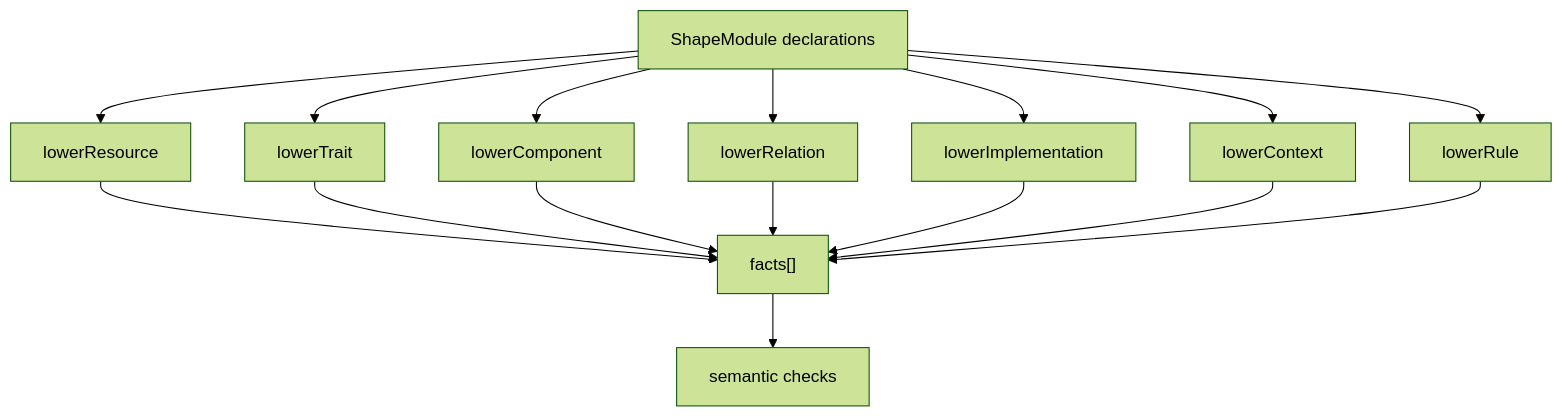
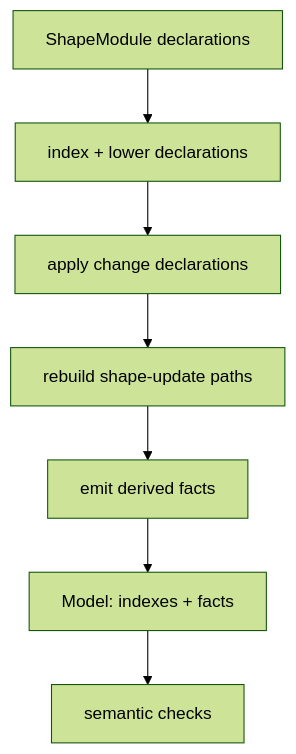
Before and after one commit to timbrinded/shapelang: the first of 3 diagrams in docs-site/src/content/docs/inside-shape/fact-lowering.md, drawn with Mermaid (forest theme). The commit also changed other lines of this file and 40 other files, not shown here.

````diff
--- a/docs-site/src/content/docs/inside-shape/fact-lowering.md
+++ b/docs-site/src/content/docs/inside-shape/fact-lowering.md
@@ -14,18 +14,9 @@
 ```mermaid
 flowchart TD
-  A["ShapeModule declarations"] --> B["lowerResource"]
-  A --> C["lowerTrait"]
-  A --> D["lowerComponent"]
-  A --> R["lowerRelation"]
-  A --> E["lowerImplementation"]
-  A --> F["lowerContext"]
-  A --> G["lowerRule"]
-  B --> H["facts[]"]
-  C --> H
-  D --> H
-  R --> H
-  E --> H
-  F --> H
-  G --> H
-  H --> I["semantic checks"]
+  A["ShapeModule declarations"] --> B["index + lower declarations"]
+  B --> C["apply change declarations"]
+  C --> D["rebuild shape-update paths"]
+  D --> E["emit derived facts"]
+  E --> F["Model: indexes + facts"]
+  F --> G["semantic checks"]
 ```
````
